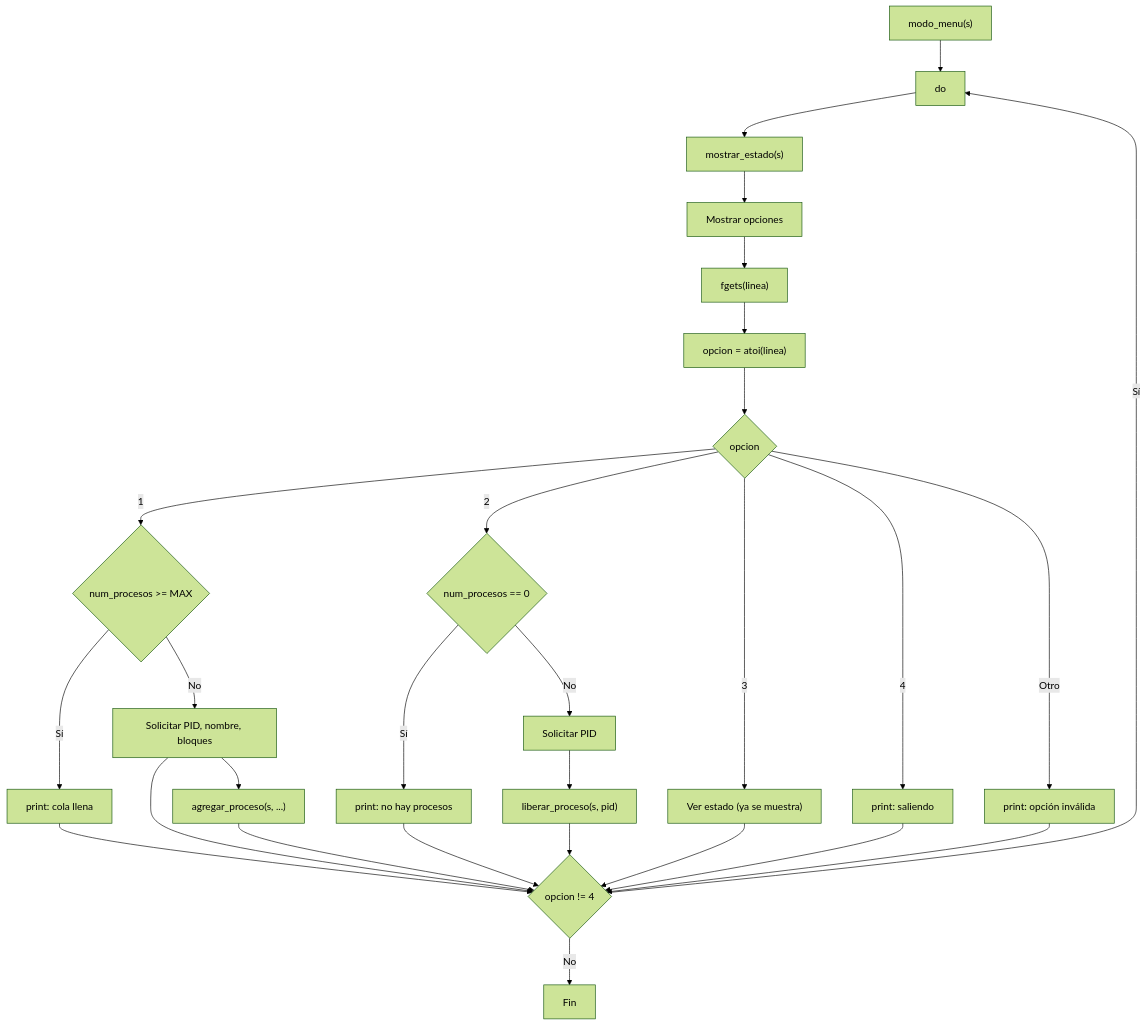
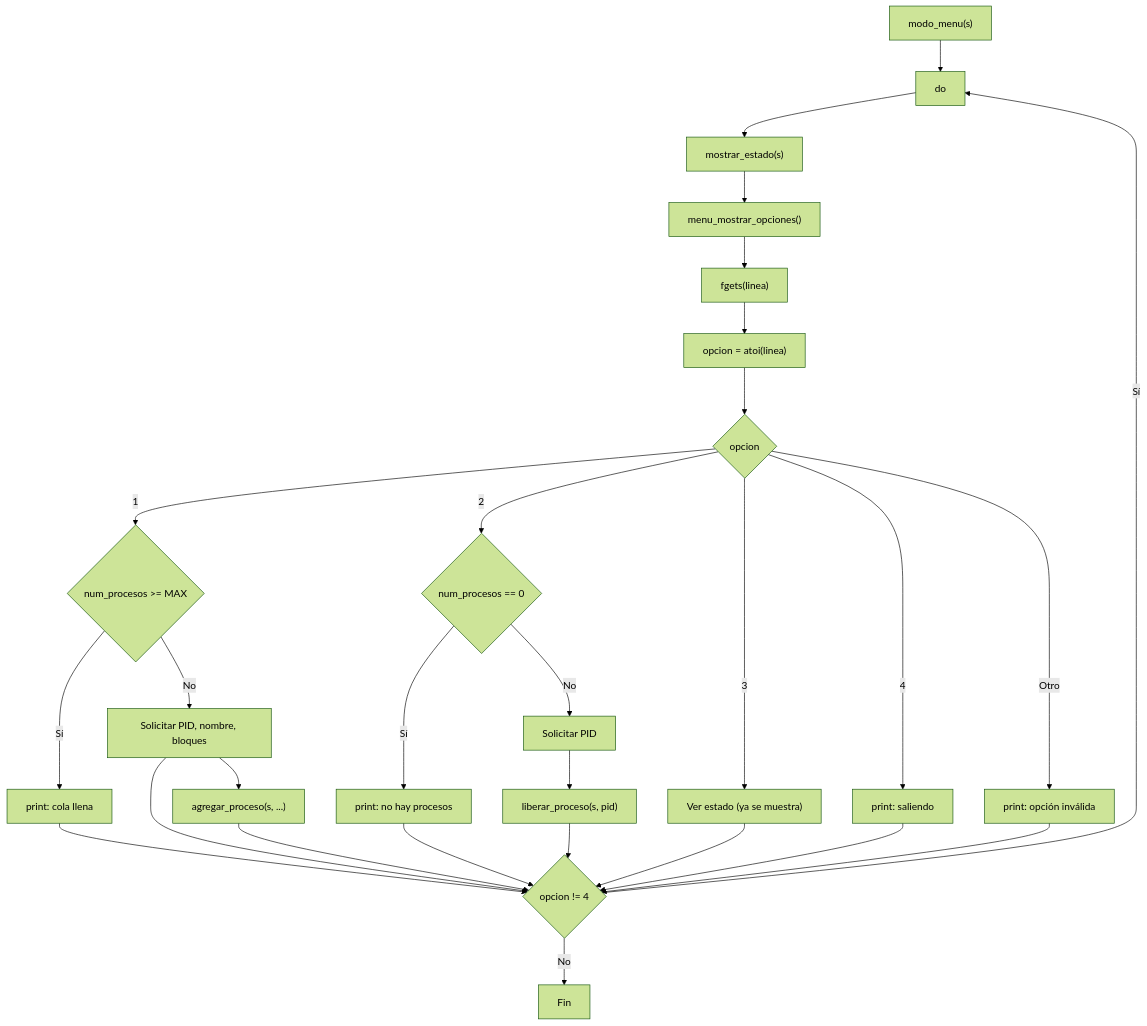
One commit to dantecc10/operative-systems-ii changed the fifth of 7 diagrams in reports/programa-3/REPORT.md. Above: the diagram before and after it, drawn with Mermaid (forest theme). The commit also changed other lines of this file and 11 other files, not shown here.

````diff
--- a/reports/programa-3/REPORT.md
+++ b/reports/programa-3/REPORT.md
@@ -504,30 +879,30 @@
 ```mermaid
 flowchart TD
     A["modo_menu(s)"] --> B["do"]
     B --> C["mostrar_estado(s)"]
-    C --> D["Mostrar opciones"]
+    C --> D["menu_mostrar_opciones()"]
     D --> E["fgets(linea)"]
     E --> F["opcion = atoi(linea)"]
     F --> G{"opcion"}
     G -->|"1"| H{"num_procesos >= MAX"}
     H -->|"Sí"| I["print: cola llena"]
     H -->|"No"| J["Solicitar PID, nombre, bloques"]
     J --> K["agregar_proceso(s, ...)"]
     G -->|"2"| L{"num_procesos == 0"}
     L -->|"Sí"| M["print: no hay procesos"]
     L -->|"No"| N["Solicitar PID"]
     N --> O["liberar_proceso(s, pid)"]
     G -->|"3"| P["Ver estado (ya se muestra)"]
     G -->|"4"| Q["print: saliendo"]
     G -->|"Otro"| R["print: opción inválida"]
     I --> S{"opcion != 4"}
     J --> S
     K --> S
     M --> S
     O --> S
     P --> S
     Q --> S
     R --> S
     S -->|"Sí"| B
     S -->|"No"| T["Fin"]
 ```
````
